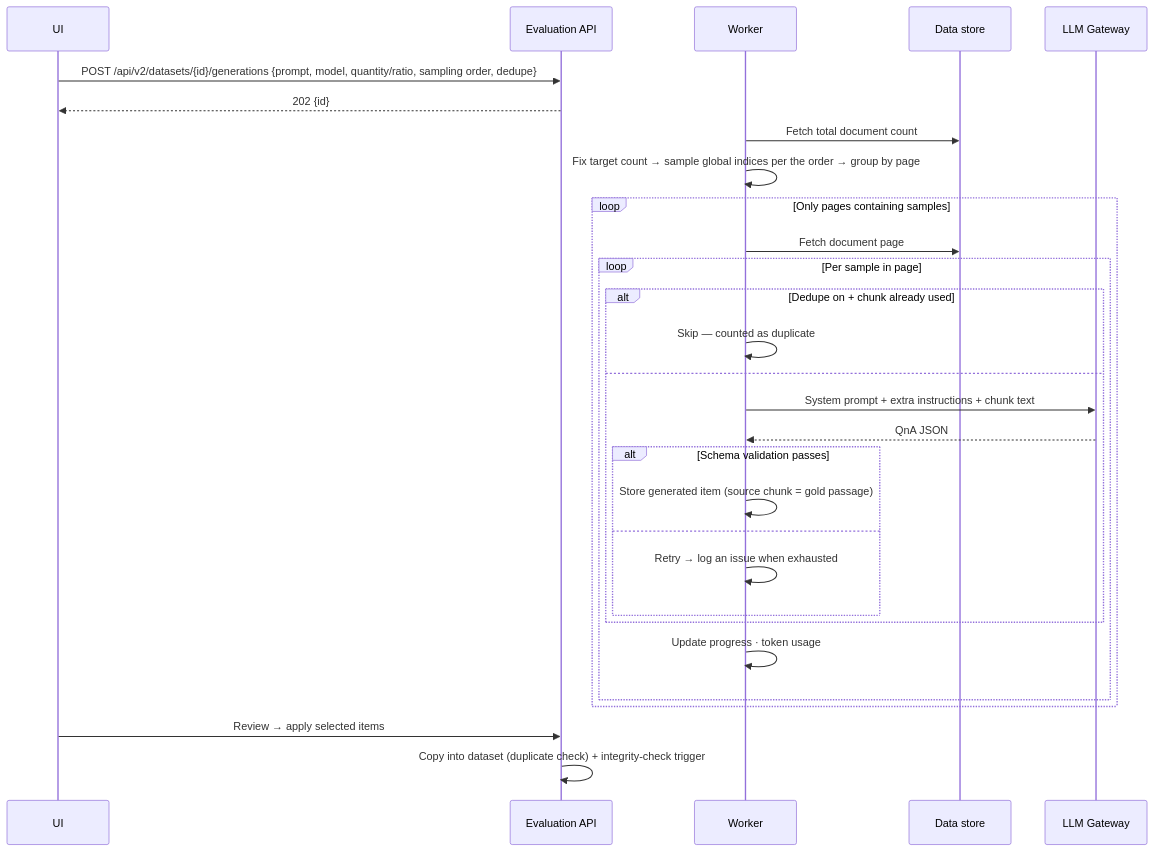
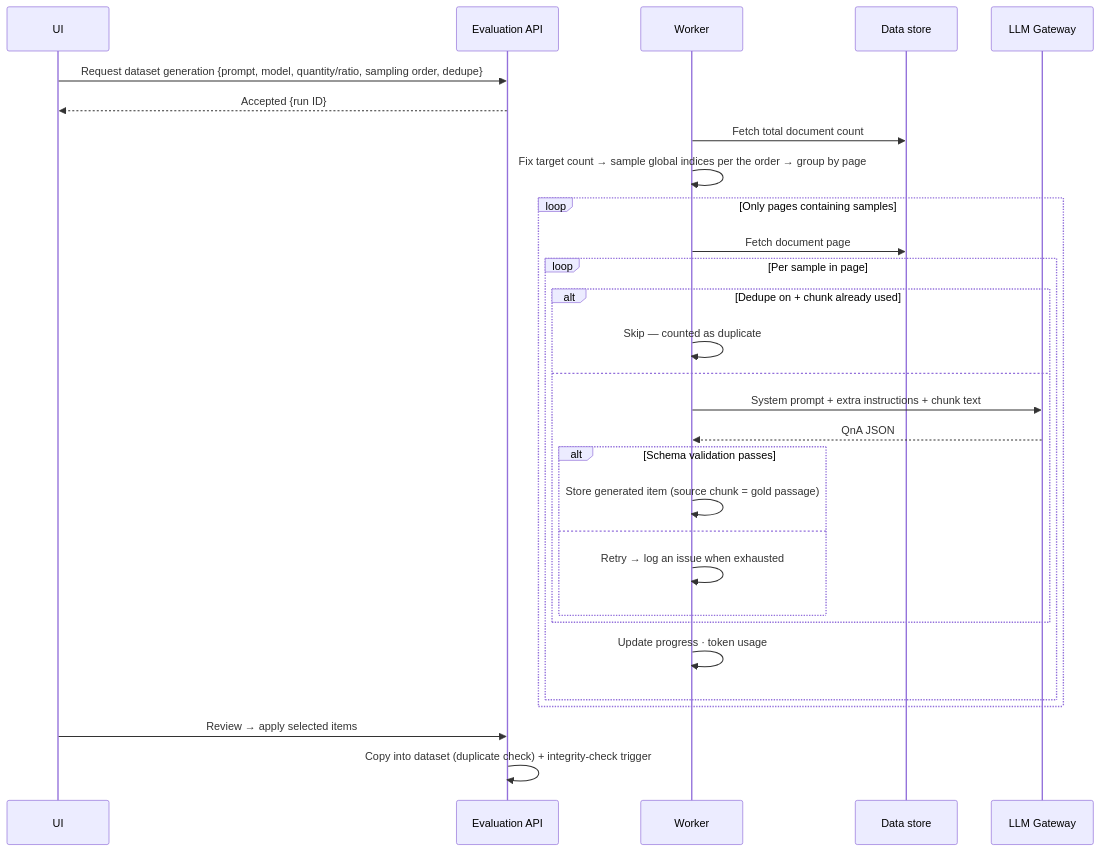
Before and after one commit to comsa33/porfolio-site: the diagram in public/architecture/evaluator/dataset-generation-en.mmd, drawn with Mermaid. The commit also changed 14 other files, not shown here.

First line of the commit message:
feat: harness architecture diagrams; strip internal API paths from diagrams

```diff
--- a/public/architecture/evaluator/dataset-generation-en.mmd
+++ b/public/architecture/evaluator/dataset-generation-en.mmd
@@ -1,29 +1,29 @@
 sequenceDiagram
     participant UI
     participant API as Evaluation API
     participant W as Worker
     participant DS as Data store
     participant LG as LLM Gateway
-    UI->>API: POST /api/v2/datasets/{id}/generations {prompt, model, quantity/ratio, sampling order, dedupe}
-    API-->>UI: 202 {id}
+    UI->>API: Request dataset generation {prompt, model, quantity/ratio, sampling order, dedupe}
+    API-->>UI: Accepted {run ID}
     W->>DS: Fetch total document count
     W->>W: Fix target count → sample global indices per the order → group by page
     loop Only pages containing samples
         W->>DS: Fetch document page
         loop Per sample in page
             alt Dedupe on + chunk already used
                 W->>W: Skip — counted as duplicate
             else
                 W->>LG: System prompt + extra instructions + chunk text
                 LG-->>W: QnA JSON
                 alt Schema validation passes
                     W->>W: Store generated item (source chunk = gold passage)
                 else
                     W->>W: Retry → log an issue when exhausted
                 end
             end
             W->>W: Update progress · token usage
         end
     end
     UI->>API: Review → apply selected items
     API->>API: Copy into dataset (duplicate check) + integrity-check trigger
```
